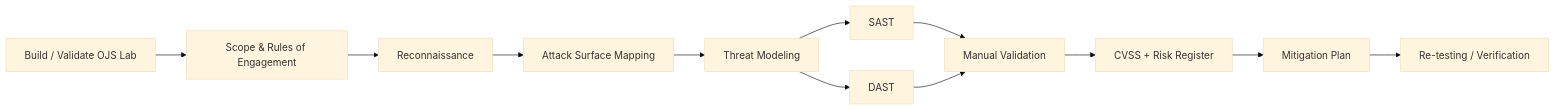
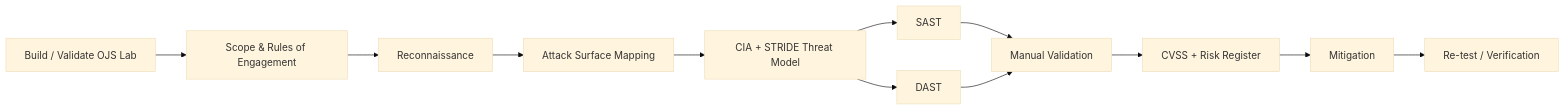
Before and after one commit to syifaniads/ojs-devsecops-security-assessment: the diagram in README.md, drawn with Mermaid (base theme). The commit also changed other lines of this file, not shown here.

````diff
--- a/README.md
+++ b/README.md
@@ -35,14 +49,14 @@
 ```mermaid
 flowchart LR
     A[Build / Validate OJS Lab] --> B[Scope & Rules of Engagement]
     B --> C[Reconnaissance]
     C --> D[Attack Surface Mapping]
-    D --> E[Threat Modeling]
+    D --> E[CIA + STRIDE Threat Model]
     E --> F[SAST]
     E --> G[DAST]
     F --> H[Manual Validation]
     G --> H
     H --> I[CVSS + Risk Register]
-    I --> J[Mitigation Plan]
-    J --> K[Re-testing / Verification]
+    I --> J[Mitigation]
+    J --> K[Re-test / Verification]
 ```
````
